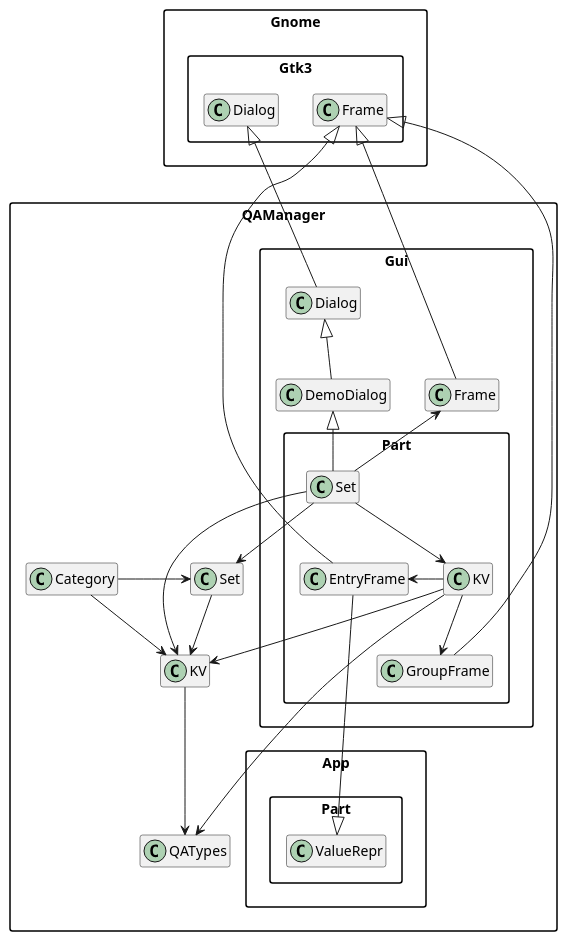
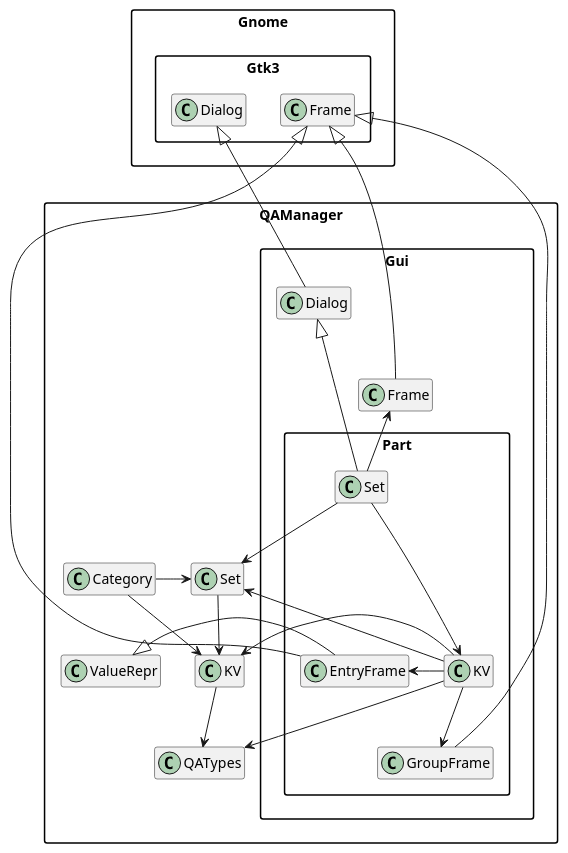
The diagram in doc/plantuml/structure-demodialog.md (MARTIMM/qa-manager), drawn with PlantUML before and after one commit. The commit also changed 1 other file, not shown here.

Commit message:
uml updates

````diff
--- a/doc/plantuml/structure-demodialog.md
+++ b/doc/plantuml/structure-demodialog.md
@@ -1,37 +1,40 @@
 ```plantuml
 @startuml
 'scale 0.9
 skinparam packageStyle rectangle
 set namespaceSeparator ::
 hide members
 
 QAManager::Category -> QAManager::Set
 QAManager::Category --> QAManager::KV
 
 QAManager::Set --> QAManager::KV
 
 QAManager::KV --> QAManager::QATypes
 
 Gnome::Gtk3::Dialog <|--- QAManager::Gui::Dialog
-QAManager::Gui::Dialog <|-- QAManager::Gui::DemoDialog
-QAManager::Gui::DemoDialog <|-- QAManager::Gui::Part::Set
+'QAManager::Gui::Dialog <|-- QAManager::Gui::DemoDialog
+'QAManager::Gui::DemoDialog <|-- QAManager::Gui::Part::Set
+QAManager::Gui::Dialog <|--- QAManager::Gui::Part::Set
 
 QAManager::Gui::Part::Set --> QAManager::Set
-QAManager::Gui::Part::Set --> QAManager::KV
-QAManager::Gui::Part::Set --> QAManager::Gui::Part::KV
+'QAManager::Gui::Part::Set --> QAManager::KV
+QAManager::Gui::Part::Set ---> QAManager::Gui::Part::KV
 
 'QAManager::Gui::Part::Set --> QAManager::Gui::Frame
-QAManager::Gui::Frame <-- QAManager::Gui::Part::Set 
+QAManager::Gui::Frame <-- QAManager::Gui::Part::Set
 Gnome::Gtk3::Frame <|-- QAManager::Gui::Frame
 
 QAManager::Gui::Part::KV --> QAManager::QATypes
-QAManager::Gui::Part::KV --> QAManager::KV
+QAManager::Gui::Part::KV -> QAManager::KV
+QAManager::Set <-- QAManager::Gui::Part::KV
 QAManager::Gui::Part::KV --> QAManager::Gui::Part::GroupFrame
 QAManager::Gui::Part::KV -> QAManager::Gui::Part::EntryFrame
 
 Gnome::Gtk3::Frame <|-- QAManager::Gui::Part::GroupFrame
 Gnome::Gtk3::Frame <|-- QAManager::Gui::Part::EntryFrame
-QAManager::Gui::Part::EntryFrame ---|> QAManager::App::Part::ValueRepr
+QAManager::Gui::Part::EntryFrame -|> QAManager::ValueRepr
+'QAManager::ValueRepr <|- QAManager::Gui::Part::EntryFrame
 
 @enduml
 ```
````
